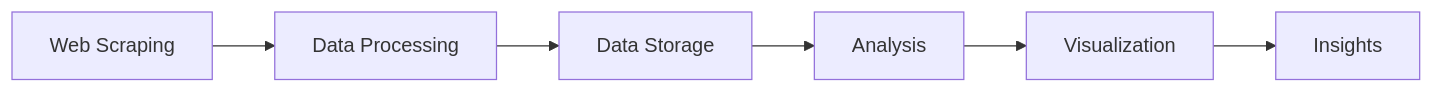
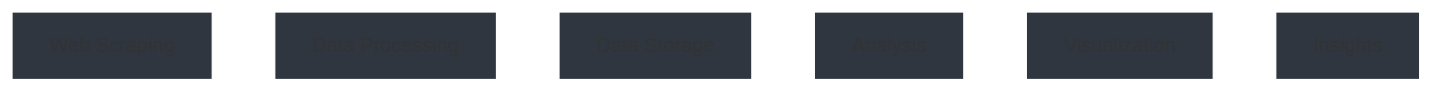
The first of 5 diagrams in README.md (Izukushwaha/Movie-Scrapping-DA-Project), drawn with Mermaid before and after one commit. The commit also changed other lines of this file, not shown here.

````diff
--- a/README.md
+++ b/README.md
@@ -7,8 +7,10 @@
 ```mermaid
+%%{init: {'theme': 'base', 'themeVariables': { 'primaryColor': '#2f3640', 'textColor': '#ffffff', 'lineColor': '#ffffff', 'primaryBorderColor': '#ffffff'}}}%%
 graph LR
     A[Web Scraping] --> B[Data Processing]
     B --> C[Data Storage]
     C --> D[Analysis]
     D --> E[Visualization]
     E --> F[Insights]
+
 ```
````
